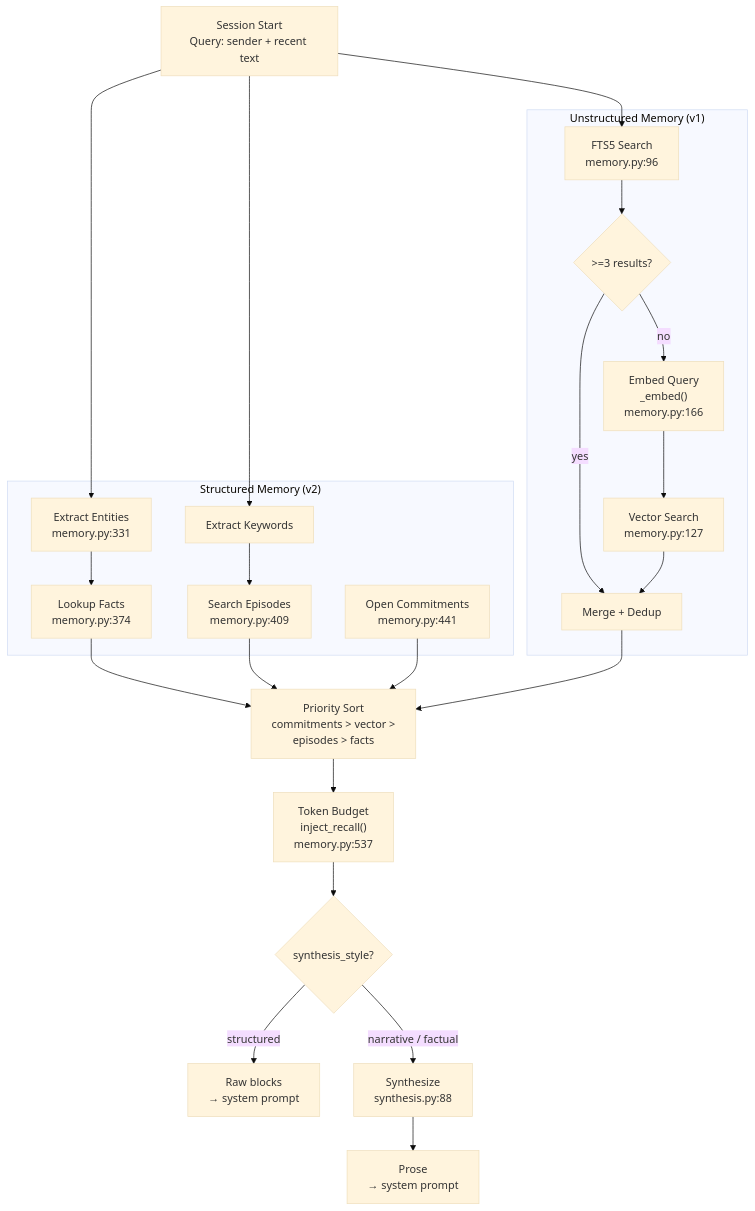
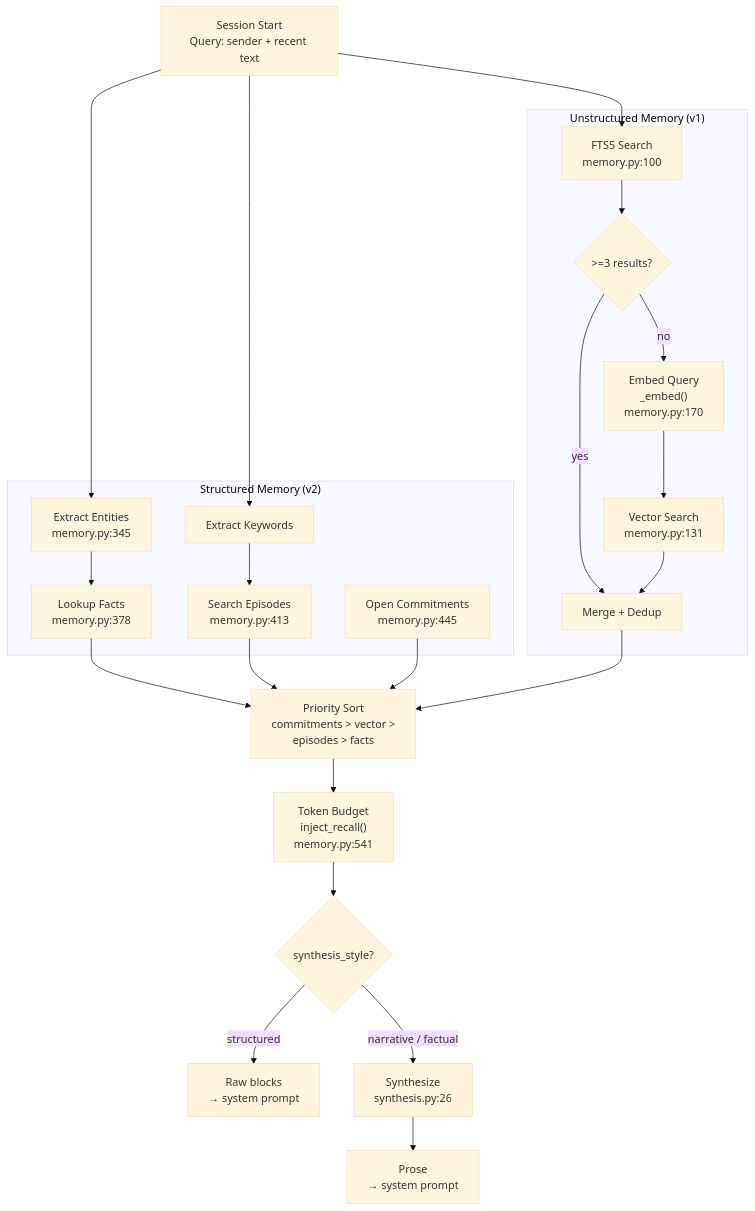
The fourth of 8 diagrams in docs/diagrams.md (nicolasforstinger/lucyd), drawn with Mermaid (base theme) before and after one commit. The commit also changed other lines of this file and 42 other files, not shown here.

````diff
--- a/docs/diagrams.md
+++ b/docs/diagrams.md
@@ -139,42 +139,42 @@
 ```mermaid
 flowchart TD
     QUERY["Session Start<br/>Query: sender + recent text"]
 
     subgraph Structured["Structured Memory (v2)"]
-        ENTITIES["Extract Entities<br/>memory.py:331"]
-        FACTS["Lookup Facts<br/>memory.py:374"]
+        ENTITIES["Extract Entities<br/>memory.py:345"]
+        FACTS["Lookup Facts<br/>memory.py:378"]
         KEYWORDS["Extract Keywords"]
-        EPISODES["Search Episodes<br/>memory.py:409"]
-        COMMITMENTS["Open Commitments<br/>memory.py:441"]
+        EPISODES["Search Episodes<br/>memory.py:413"]
+        COMMITMENTS["Open Commitments<br/>memory.py:445"]
     end
 
     subgraph Unstructured["Unstructured Memory (v1)"]
-        FTS["FTS5 Search<br/>memory.py:96"]
+        FTS["FTS5 Search<br/>memory.py:100"]
         FTS_CHECK{">=3 results?"}
-        EMBED["Embed Query<br/>_embed()<br/>memory.py:166"]
-        VECTOR["Vector Search<br/>memory.py:127"]
+        EMBED["Embed Query<br/>_embed()<br/>memory.py:170"]
+        VECTOR["Vector Search<br/>memory.py:131"]
         MERGE["Merge + Dedup"]
     end
 
     PRIORITY["Priority Sort<br/>commitments > vector ><br/>episodes > facts"]
-    BUDGET["Token Budget<br/>inject_recall()<br/>memory.py:537"]
+    BUDGET["Token Budget<br/>inject_recall()<br/>memory.py:541"]
 
     SYNTH_CHECK{"synthesis_style?"}
     RAW["Raw blocks<br/>→ system prompt"]
-    LLM_SYNTH["Synthesize<br/>synthesis.py:88"]
+    LLM_SYNTH["Synthesize<br/>synthesis.py:26"]
     PROSE["Prose<br/>→ system prompt"]
 
     QUERY --> ENTITIES --> FACTS
     QUERY --> KEYWORDS --> EPISODES
     QUERY --> FTS --> FTS_CHECK
     FTS_CHECK -->|yes| MERGE
     FTS_CHECK -->|no| EMBED --> VECTOR --> MERGE
 
     FACTS --> PRIORITY
     EPISODES --> PRIORITY
     COMMITMENTS --> PRIORITY
     MERGE --> PRIORITY
     PRIORITY --> BUDGET --> SYNTH_CHECK
     SYNTH_CHECK -->|structured| RAW
     SYNTH_CHECK -->|"narrative / factual"| LLM_SYNTH --> PROSE
 ```
````
